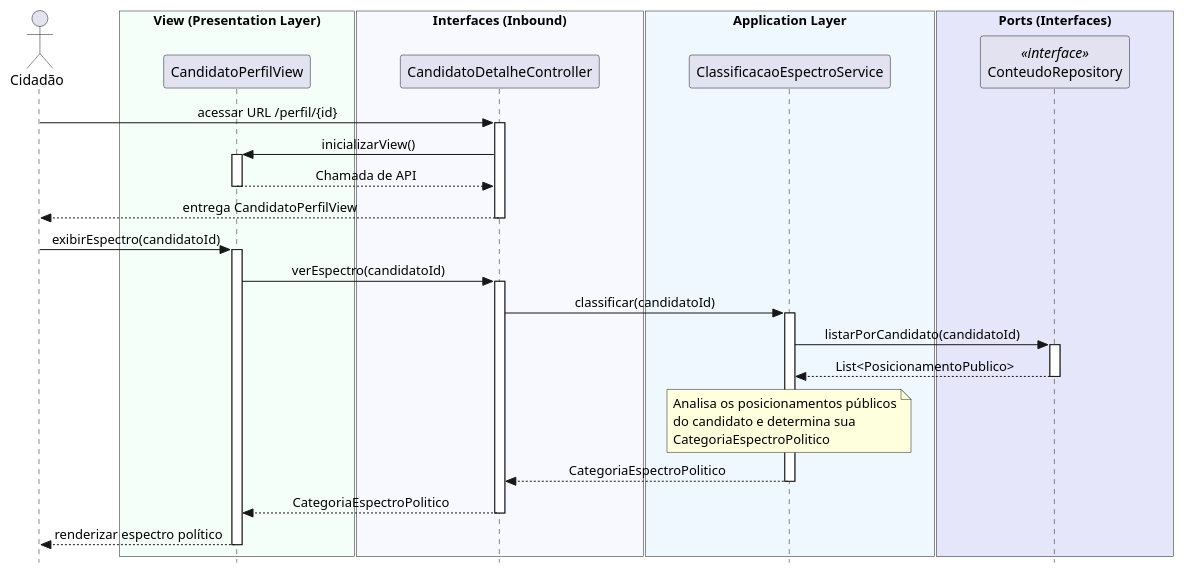
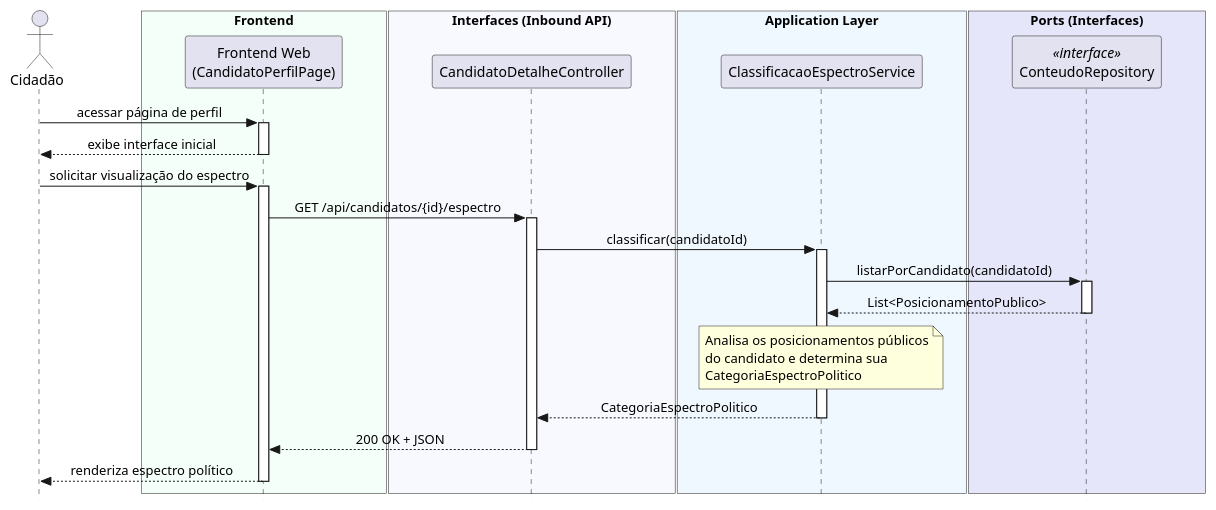
One commit to gabrielfaravola/ProjetoEngenharia changed the diagram in Documentação/04 - Implementação/Diagramas_de_Sequência_de_Implementação/UC1.md. Above: the diagram before and after it, drawn with PlantUML. The commit also changed other lines of this file, not shown here.

````diff
--- a/Documentação/04 - Implementação/Diagramas_de_Sequência_de_Implementação/UC1.md
+++ b/Documentação/04 - Implementação/Diagramas_de_Sequência_de_Implementação/UC1.md
@@ -6,69 +6,63 @@
 ```plantuml
 @startuml
 skinparam style strictuml
 skinparam sequenceMessageAlign center
 skinparam ParticipantPadding 40
 
 actor "Cidadão" as User
 
-box "View (Presentation Layer)" #MintCream
-participant "CandidatoPerfilView" as View
+box "Frontend" #MintCream
+participant "Frontend Web\n(CandidatoPerfilPage)" as Front
 end box
 
-box "Interfaces (Inbound)" #GhostWhite
+box "Interfaces (Inbound API)" #GhostWhite
 participant "CandidatoDetalheController" as Ctrl
 end box
 
 box "Application Layer" #AliceBlue
 participant "ClassificacaoEspectroService" as Service
 end box
 
 box "Ports (Interfaces)" #Lavender
 participant "ConteudoRepository" as Repo <<interface>>
 end box
 
-' --- NOVA INTERAÇÃO INICIAL ---
-User -> Ctrl : acessar URL /perfil/{id}
-activate Ctrl
+' --- Carregamento inicial da página ---
+User -> Front : acessar página de perfil
+activate Front
+Front --> User : exibe interface inicial
+deactivate Front
 
-Ctrl -> View : inicializarView()
-activate View
-View --> Ctrl : Chamada de API
-deactivate View
+' --- Requisição de dados do espectro ---
+User -> Front : solicitar visualização do espectro
+activate Front
 
-Ctrl --> User : entrega CandidatoPerfilView
-deactivate Ctrl
-
-' --- FLUXO ORIGINAL (INTERAÇÃO DA VIEW) ---
-User -> View : exibirEspectro(candidatoId)
-activate View
-
-View -> Ctrl : verEspectro(candidatoId)
+Front -> Ctrl : GET /api/candidatos/{id}/espectro
 activate Ctrl
 
 Ctrl -> Service : classificar(candidatoId)
 activate Service
 
 Service -> Repo : listarPorCandidato(candidatoId)
 activate Repo
 
 Repo --> Service : List<PosicionamentoPublico>
 deactivate Repo
 
 note over Service
 Analisa os posicionamentos públicos
 do candidato e determina sua
 CategoriaEspectroPolitico
 end note
 
 Service --> Ctrl : CategoriaEspectroPolitico
 deactivate Service
 
-Ctrl --> View : CategoriaEspectroPolitico
+Ctrl --> Front : 200 OK + JSON
 deactivate Ctrl
 
-View --> User : renderizar espectro político
-deactivate View
+Front --> User : renderiza espectro político
+deactivate Front
 
 @enduml
 ```
````
